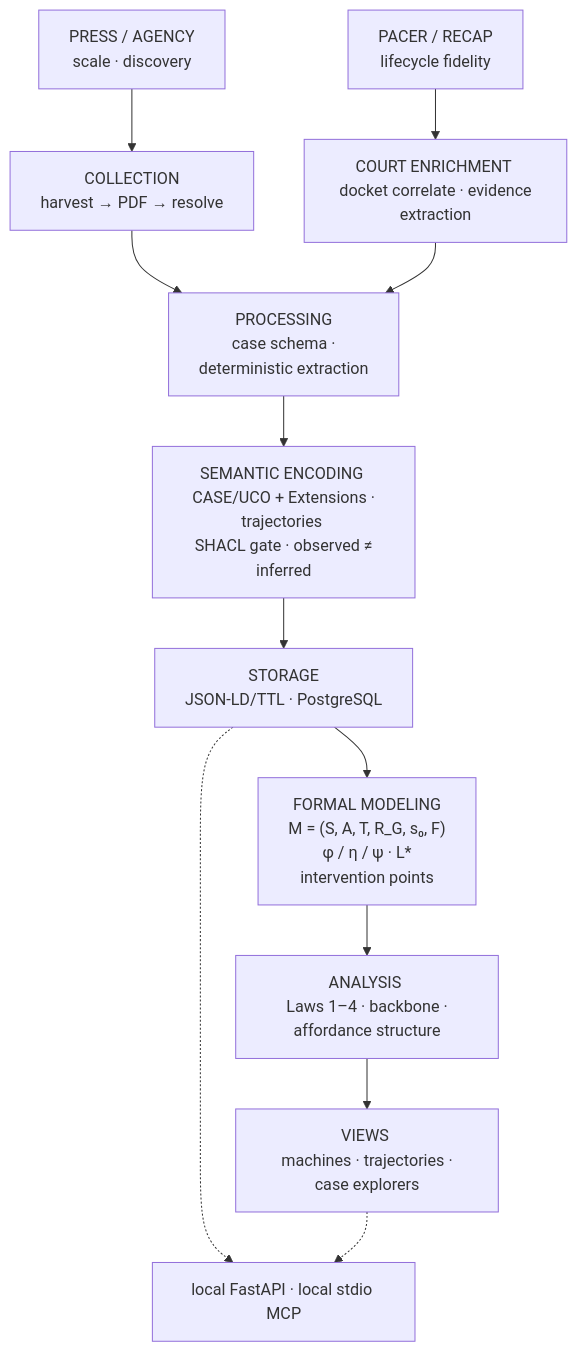
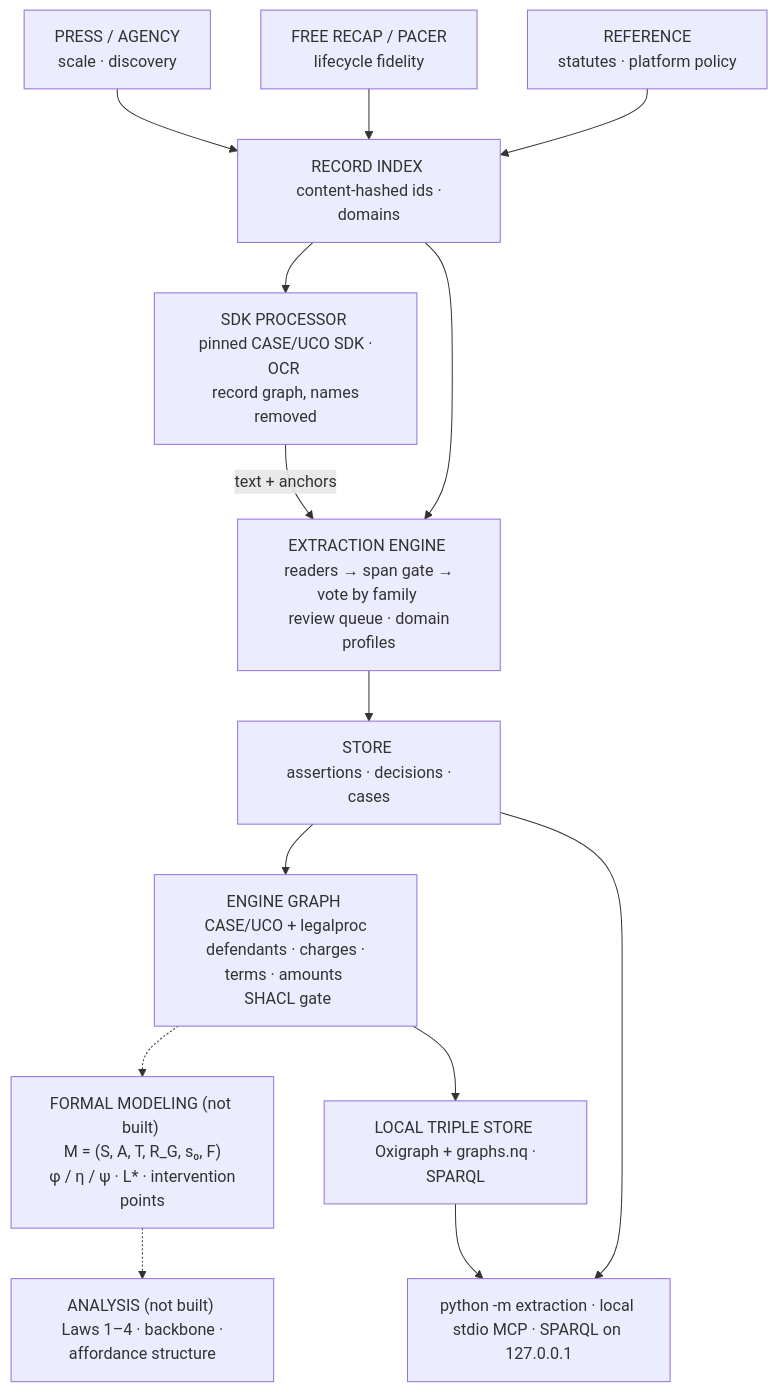
The diagram in README.md (mrinaalr/CaseNoesis), drawn with Mermaid before and after one commit. The commit also changed other lines of this file and 45 other files, not shown here.

First line of the commit message:
extraction engine: readers, span gate, family vote, cases, validated graphs, local triple store

````diff
--- a/README.md
+++ b/README.md
@@ -26,21 +28,24 @@
 ```mermaid
 flowchart TD
     P["PRESS / AGENCY <br/> scale · discovery"]
-    C["PACER / RECAP <br/> lifecycle fidelity"]
+    C["FREE RECAP / PACER <br/> lifecycle fidelity"]
+    F["REFERENCE <br/> statutes · platform policy"]
 
-    P --> ACQ["COLLECTION <br/> harvest → PDF → resolve"]
-    C --> ENR["COURT ENRICHMENT <br/> docket correlate · evidence extraction"]
+    P --> IDX["RECORD INDEX <br/> content-hashed ids · domains"]
+    C --> IDX
+    F --> IDX
 
-    ACQ --> PROC["PROCESSING <br/> case schema · <br/> deterministic extraction"]
-    ENR --> PROC
+    IDX --> SDK["SDK PROCESSOR <br/> pinned CASE/UCO SDK · OCR <br/> record graph, names removed"]
+    IDX --> ENG
+    SDK -->|"text + anchors"| ENG["EXTRACTION ENGINE <br/> readers → span gate → vote by family <br/> review queue · domain profiles"]
 
-    PROC --> ENC["SEMANTIC ENCODING <br/> CASE/UCO + Extensions · trajectories <br/> SHACL gate · observed ≠ inferred"]
-    ENC --> STORE["STORAGE <br/> JSON-LD/TTL · PostgreSQL"]
+    ENG --> STORE["STORE <br/> assertions · decisions · cases"]
+    STORE --> KG["ENGINE GRAPH <br/> CASE/UCO + legalproc <br/> defendants · charges · terms · amounts <br/> SHACL gate"]
 
-    STORE --> ESM["FORMAL MODELING <br/> M = (S, A, T, R_G, s₀, F) <br/> φ / η / ψ · L* <br/> intervention points"]
-    ESM --> AN["ANALYSIS <br/> Laws 1–4 · backbone · affordance structure"]
-    AN --> VIZ["VIEWS <br/> machines · trajectories · case explorers"]
+    KG -.-> ESM["FORMAL MODELING (not built) <br/> M = (S, A, T, R_G, s₀, F) <br/> φ / η / ψ · L* · intervention points"]
+    ESM -.-> AN["ANALYSIS (not built) <br/> Laws 1–4 · backbone · affordance structure"]
 
-    STORE -.-> API["local FastAPI · local stdio MCP"]
-    VIZ -.-> API
+    KG --> OX["LOCAL TRIPLE STORE <br/> Oxigraph + graphs.nq · SPARQL"]
+    STORE --> API["python -m extraction · local stdio MCP · SPARQL on 127.0.0.1"]
+    OX --> API
 ```
````
